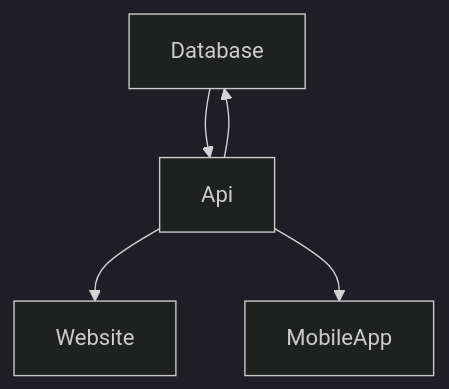
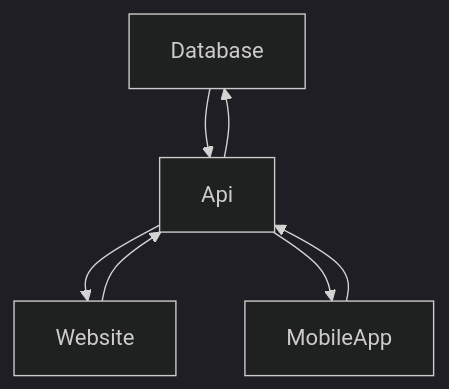
The diagram in README.md (Storganizer/api), drawn with Mermaid (dark theme) before and after one commit.

Commit message:
Graph tryout

````diff
--- a/README.md
+++ b/README.md
@@ -4,8 +4,12 @@
 ```mermaid
   graph TD;
       Database-->Api;
       Api-->Database;
+
       Api-->Website;
+      Website-->Api;
+      
       Api-->MobileApp;
+      MobileApp-->Api;
 
 ```
````
